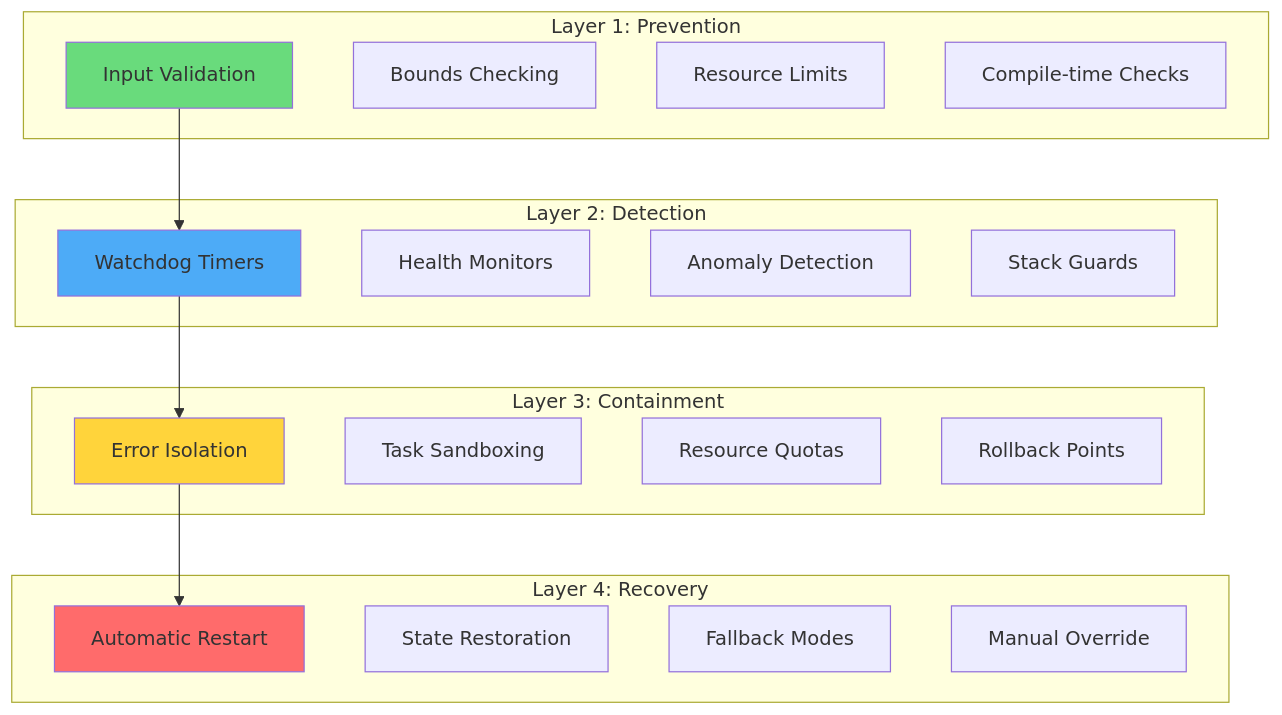
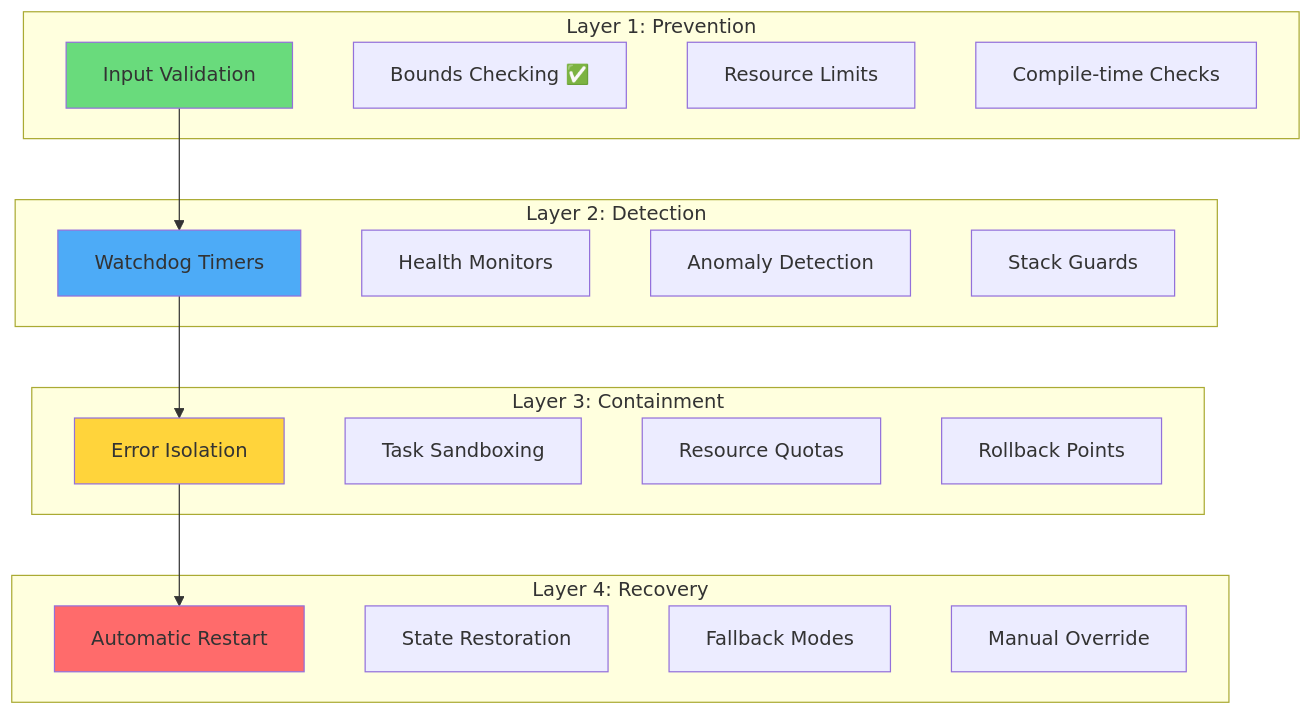
Before and after one commit to synqing/Lightwave-Ledstrip: the first of 4 diagrams in docs/architecture/06_ERROR_HANDLING_FAULT_TOLERANCE.md, drawn with Mermaid. The commit also changed other lines of this file and 39 other files, not shown here.

````diff
--- a/docs/architecture/06_ERROR_HANDLING_FAULT_TOLERANCE.md
+++ b/docs/architecture/06_ERROR_HANDLING_FAULT_TOLERANCE.md
@@ -36,39 +36,39 @@
 ```mermaid
 graph TB
     subgraph "Layer 1: Prevention"
         P1[Input Validation]
-        P2[Bounds Checking]
+        P2[Bounds Checking ✅]
         P3[Resource Limits]
         P4[Compile-time Checks]
     end
     
     subgraph "Layer 2: Detection"
         D1[Watchdog Timers]
         D2[Health Monitors]
         D3[Anomaly Detection]
         D4[Stack Guards]
     end
     
     subgraph "Layer 3: Containment"
         C1[Error Isolation]
         C2[Task Sandboxing]
         C3[Resource Quotas]
         C4[Rollback Points]
     end
     
     subgraph "Layer 4: Recovery"
         R1[Automatic Restart]
         R2[State Restoration]
         R3[Fallback Modes]
         R4[Manual Override]
     end
     
     P1 --> D1
     D1 --> C1
     C1 --> R1
     
     style P1 fill:#69db7c
     style D1 fill:#4dabf7
     style C1 fill:#ffd43b
     style R1 fill:#ff6b6b
 ```
````
